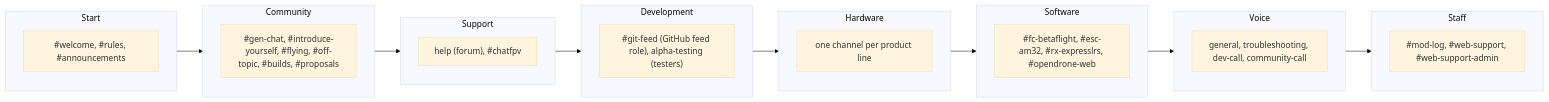
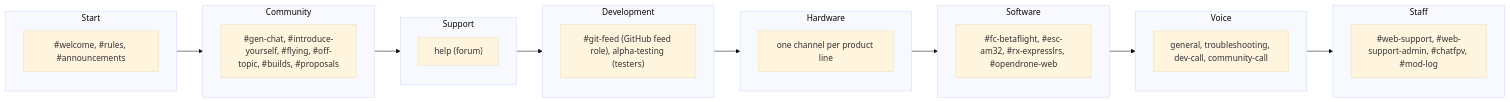
Before and after one commit to OpenDrone-hw/discord: the second of 3 diagrams in README.md, drawn with Mermaid (base theme). The commit also changed other lines of this file and 4 other files, not shown here.

````diff
--- a/README.md
+++ b/README.md
@@ -36,28 +36,28 @@
 ```mermaid
 flowchart LR
   subgraph Start
     s1["#welcome, #rules, #announcements"]
   end
   subgraph Community
     c1["#gen-chat, #introduce-yourself, #flying, #off-topic, #builds, #proposals"]
   end
   subgraph Support
-    h1["help (forum), #chatfpv"]
+    h1["help (forum)"]
   end
   subgraph Development
     d1["#git-feed (GitHub feed role), alpha-testing (testers)"]
   end
   subgraph Hardware
     hw["one channel per product line"]
   end
   subgraph Software
     sw["#fc-betaflight, #esc-am32, #rx-expresslrs, #opendrone-web"]
   end
   subgraph Voice
     v1["general, troubleshooting, dev-call, community-call"]
   end
   subgraph Staff
-    st["#mod-log, #web-support, #web-support-admin"]
+    st["#web-support, #web-support-admin, #chatfpv, #mod-log"]
   end
   Start --> Community --> Support --> Development --> Hardware --> Software --> Voice --> Staff
 ```
````
